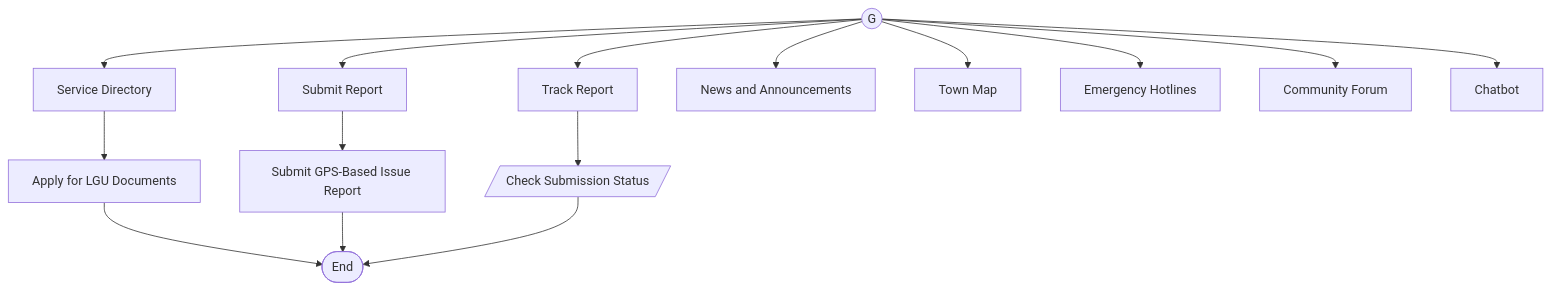
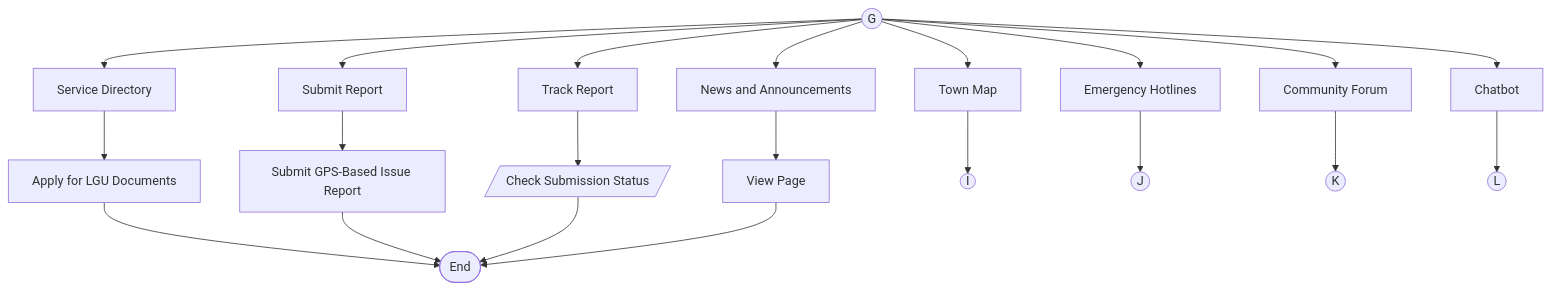
Diagram 19 of 33 in Manuscript/diagrams.md (Jechrispotato/Refractor), drawn with Mermaid before and after one commit. The commit also changed other lines of this file and 13 other files, not shown here.

````diff
--- a/Manuscript/diagrams.md
+++ b/Manuscript/diagrams.md
@@ -374,19 +374,25 @@
 ```mermaid
 flowchart TD
     OP1((G)) --> SD[Service Directory]
     OP1 --> SR[Submit Report]
     OP1 --> TR[Track Report]
     OP1 --> News[News and Announcements]
     OP1 --> Map[Town Map]
     OP1 --> SOS[Emergency Hotlines]
     OP1 --> Forum[Community Forum]
     OP1 --> Chat[Chatbot]
 
     SD --> Apply[Apply for LGU Documents]
     SR --> Report[Submit GPS-Based Issue Report]
     TR --> Status[/Check Submission Status/]
+    News --> ViewNews[View Page]
+    Map --> I((I))
+    SOS --> J((J))
+    Forum --> K((K))
+    Chat --> L((L))
 
     Apply --> Done([End])
     Report --> Done
     Status --> Done
+    ViewNews --> Done
 ```
````
